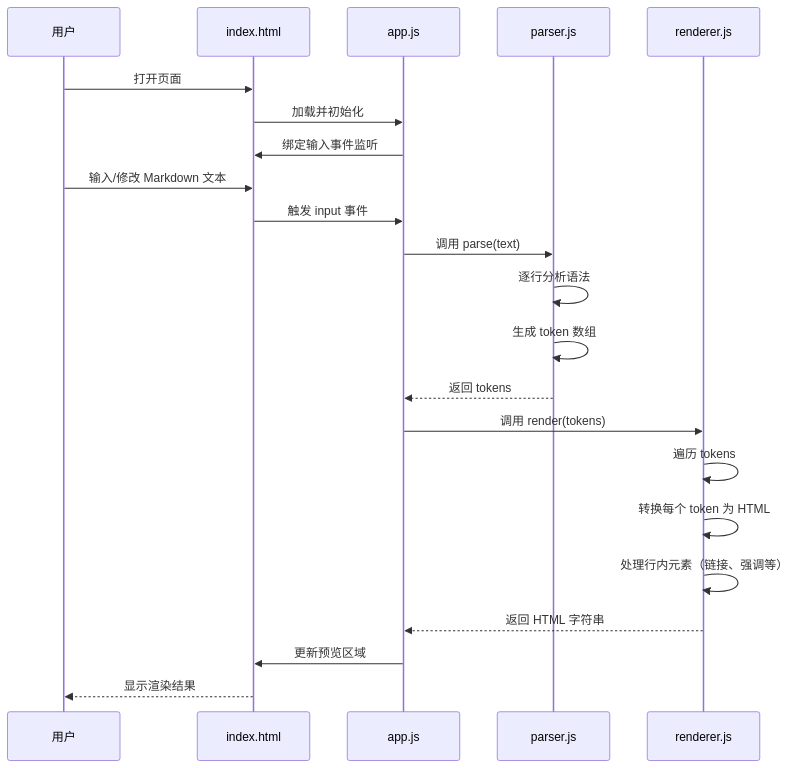
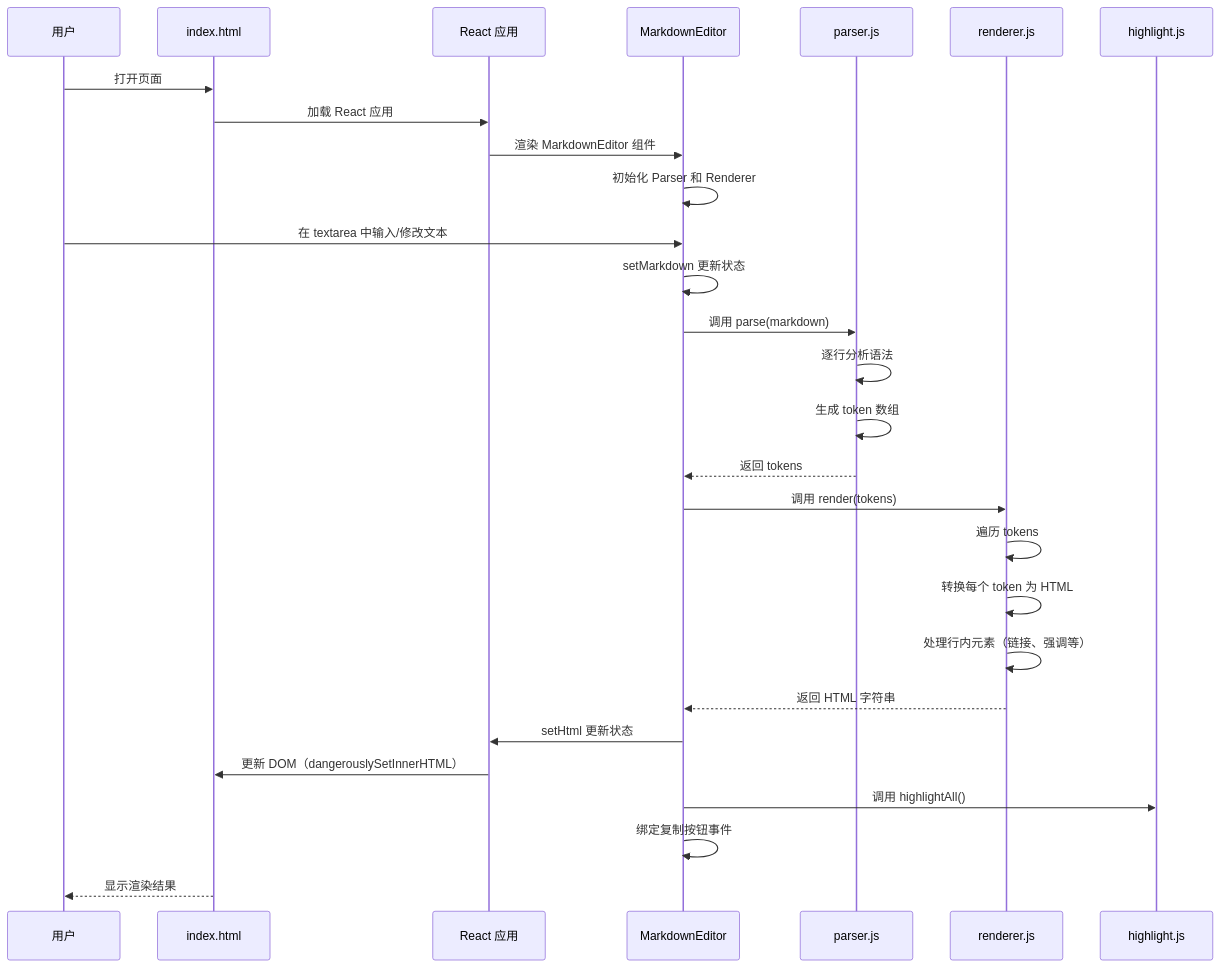
The second of 3 diagrams in ARCHITECTURE.md (Canace22/md-render), drawn with Mermaid before and after one commit. The commit also changed other lines of this file, not shown here.

Commit message:
update architecture document

````diff
--- a/ARCHITECTURE.md
+++ b/ARCHITECTURE.md
@@ -32,28 +38,35 @@
 ```mermaid
 sequenceDiagram
     participant U as 用户
     participant HTML as index.html
-    participant App as app.js
+    participant React as React 应用
+    participant Editor as MarkdownEditor
     participant Parser as parser.js
     participant Renderer as renderer.js
+    participant Hljs as highlight.js
     
     U->>HTML: 打开页面
-    HTML->>App: 加载并初始化
-    App->>HTML: 绑定输入事件监听
+    HTML->>React: 加载 React 应用
+    React->>Editor: 渲染 MarkdownEditor 组件
+    Editor->>Editor: 初始化 Parser 和 Renderer
     
-    U->>HTML: 输入/修改 Markdown 文本
-    HTML->>App: 触发 input 事件
-    App->>Parser: 调用 parse(text)
+    U->>Editor: 在 textarea 中输入/修改文本
+    Editor->>Editor: setMarkdown 更新状态
+    Editor->>Parser: 调用 parse(markdown)
     Parser->>Parser: 逐行分析语法
     Parser->>Parser: 生成 token 数组
-    Parser-->>App: 返回 tokens
+    Parser-->>Editor: 返回 tokens
     
-    App->>Renderer: 调用 render(tokens)
+    Editor->>Renderer: 调用 render(tokens)
     Renderer->>Renderer: 遍历 tokens
     Renderer->>Renderer: 转换每个 token 为 HTML
     Renderer->>Renderer: 处理行内元素（链接、强调等）
-    Renderer-->>App: 返回 HTML 字符串
+    Renderer-->>Editor: 返回 HTML 字符串
     
-    App->>HTML: 更新预览区域
+    Editor->>React: setHtml 更新状态
+    React->>HTML: 更新 DOM（dangerouslySetInnerHTML）
+    Editor->>Hljs: 调用 highlightAll()
+    Editor->>Editor: 绑定复制按钮事件
+    
     HTML-->>U: 显示渲染结果
 ```
````
